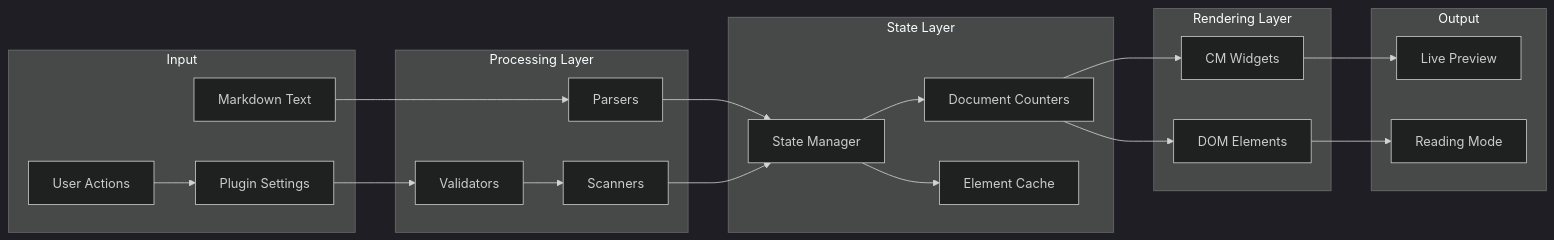
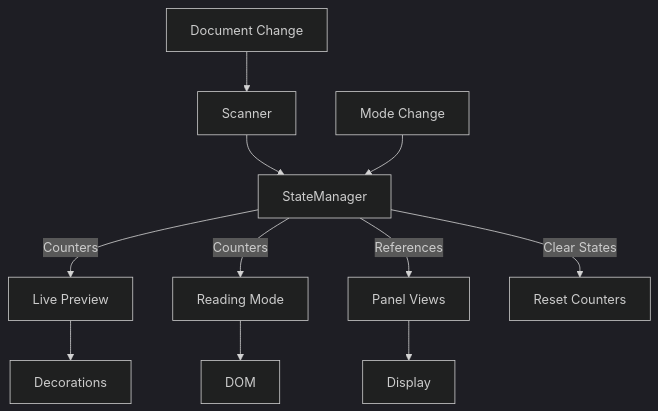
The diagram in ARCHITECTURE.md (ErrorTzy/obsidian-pandoc-extended-markdown), drawn with Mermaid (dark theme) before and after one commit. The commit also changed other lines of this file and 64 other files, not shown here.

````diff
--- a/ARCHITECTURE.md
+++ b/ARCHITECTURE.md
@@ -945,47 +317,16 @@
 ```mermaid
-flowchart LR
-    subgraph Input
-        MD[Markdown Text]
-        User[User Actions]
-        Settings[Plugin Settings]
-    end
-    
-    subgraph "Processing Layer"
-        Parser[Parsers]
-        Validator[Validators]
-        Scanner[Scanners]
-    end
-    
-    subgraph "State Layer"
-        SM[State Manager]
-        Counters[Document Counters]
-        Cache[Element Cache]
-    end
-    
-    subgraph "Rendering Layer"
-        Widgets[CM Widgets]
-        DOM[DOM Elements]
-    end
-    
-    subgraph Output
-        LP[Live Preview]
-        RM[Reading Mode]
-    end
-    
-    MD --> Parser
-    User --> Settings
-    Settings --> Validator
-    
-    Parser --> SM
-    Validator --> Scanner
-    Scanner --> SM
-    
-    SM --> Counters
-    SM --> Cache
-    
-    Counters --> Widgets
-    Counters --> DOM
-    
-    Widgets --> LP
-    DOM --> RM
+graph TB
+    Doc[Document Change] --> Scanner[Scanner]
+    Scanner --> SM[StateManager]
+
+    SM --> |Counters| LP[Live Preview]
+    SM --> |Counters| RM[Reading Mode]
+    SM --> |References| Panels[Panel Views]
+
+    LP --> Decorations
+    RM --> DOM
+    Panels --> Display
+
+    Mode[Mode Change] --> SM
+    SM --> |Clear States| Reset[Reset Counters]
 ```
````
